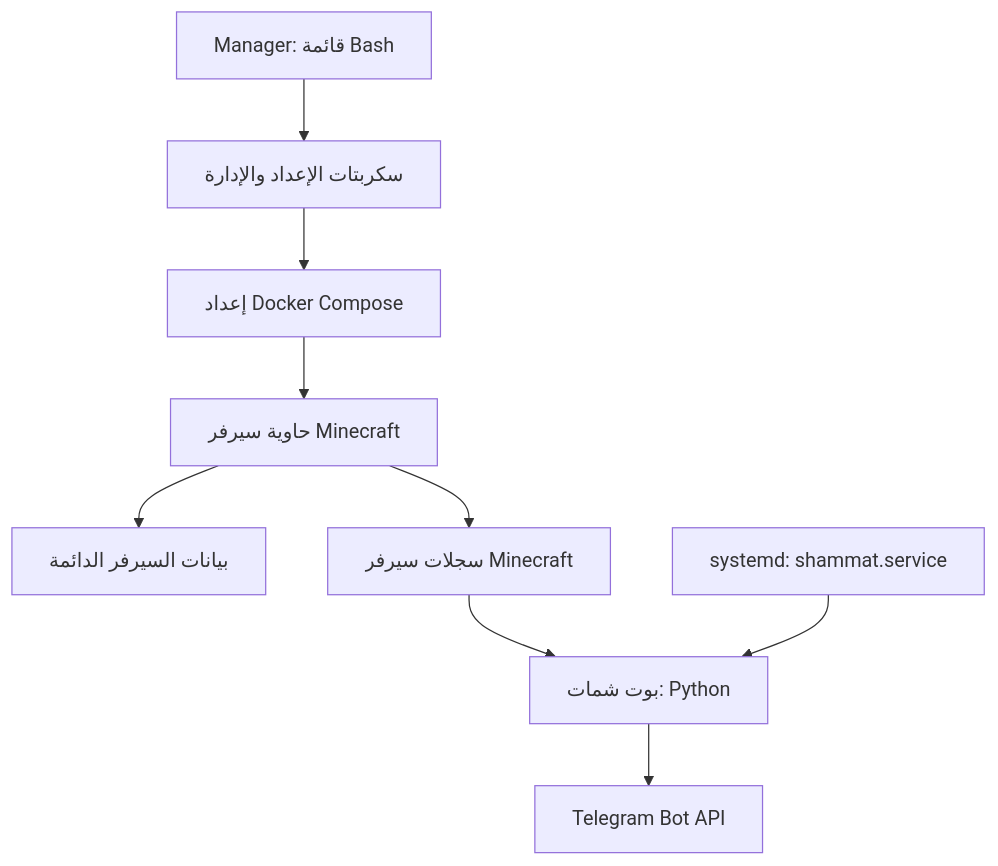
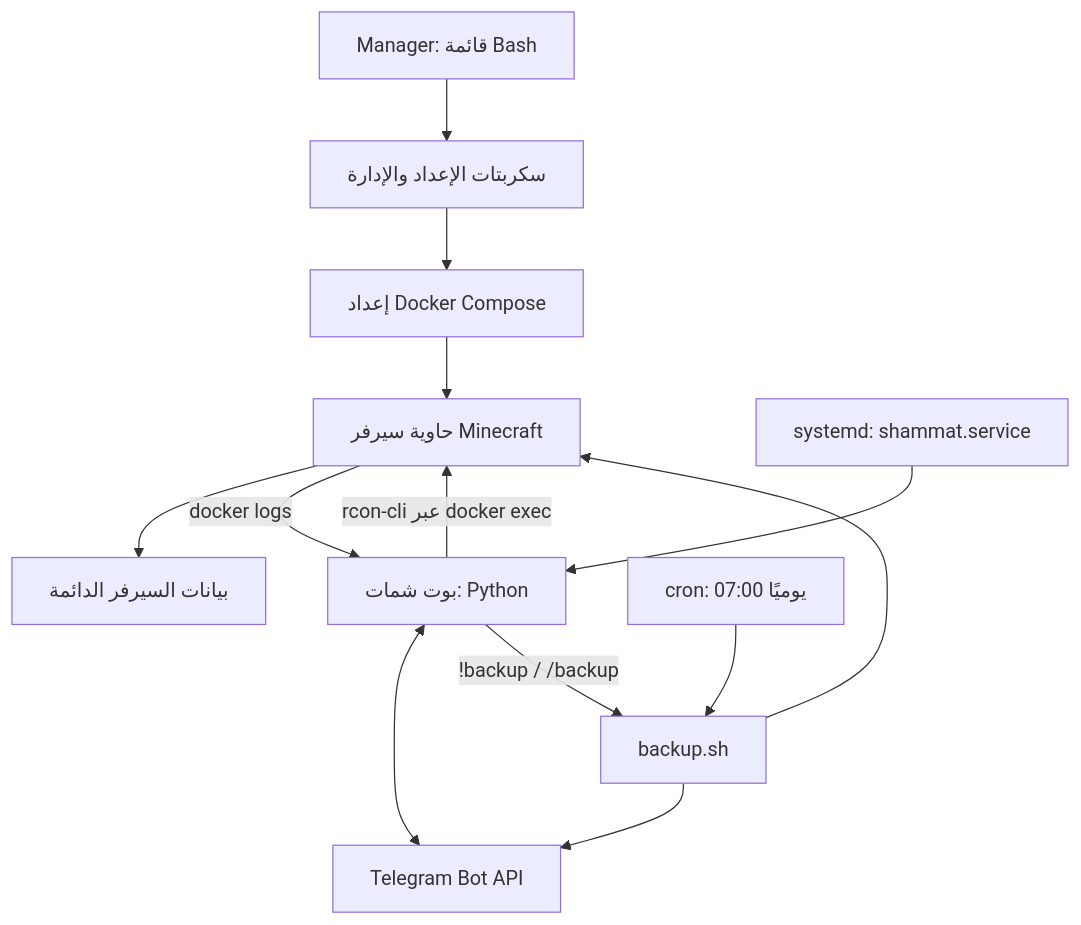
One commit to wissam-al-kahwaji/shammat changed the second of 2 diagrams in README.md. Above: the diagram before and after it, drawn with Mermaid. The commit also changed other lines of this file, not shown here.

````diff
--- a/README.md
+++ b/README.md
@@ -417,11 +562,15 @@
 ```mermaid
 flowchart TD
-    A[Manager: قائمة Bash] --> B[سكربتات الإعداد والإدارة]
-    B --> C[إعداد Docker Compose]
-    C --> D[حاوية سيرفر Minecraft]
-    D --> E[بيانات السيرفر الدائمة]
-    D --> F[سجلات سيرفر Minecraft]
-    F --> G[بوت شمات: Python]
-    G --> H[Telegram Bot API]
-    I[systemd: shammat.service] --> G
+    A["Manager: قائمة Bash"] --> B["سكربتات الإعداد والإدارة"]
+    B --> C["إعداد Docker Compose"]
+    C --> D["حاوية سيرفر Minecraft"]
+    D --> E["بيانات السيرفر الدائمة"]
+    D -- "docker logs" --> G["بوت شمات: Python"]
+    G -- "rcon-cli عبر docker exec" --> D
+    G <--> H["Telegram Bot API"]
+    I["systemd: shammat.service"] --> G
+    J["cron: يوميًا 07:00"] --> K["backup.sh"]
+    G -- "!backup / /backup" --> K
+    K --> D
+    K --> H
 ```
````
